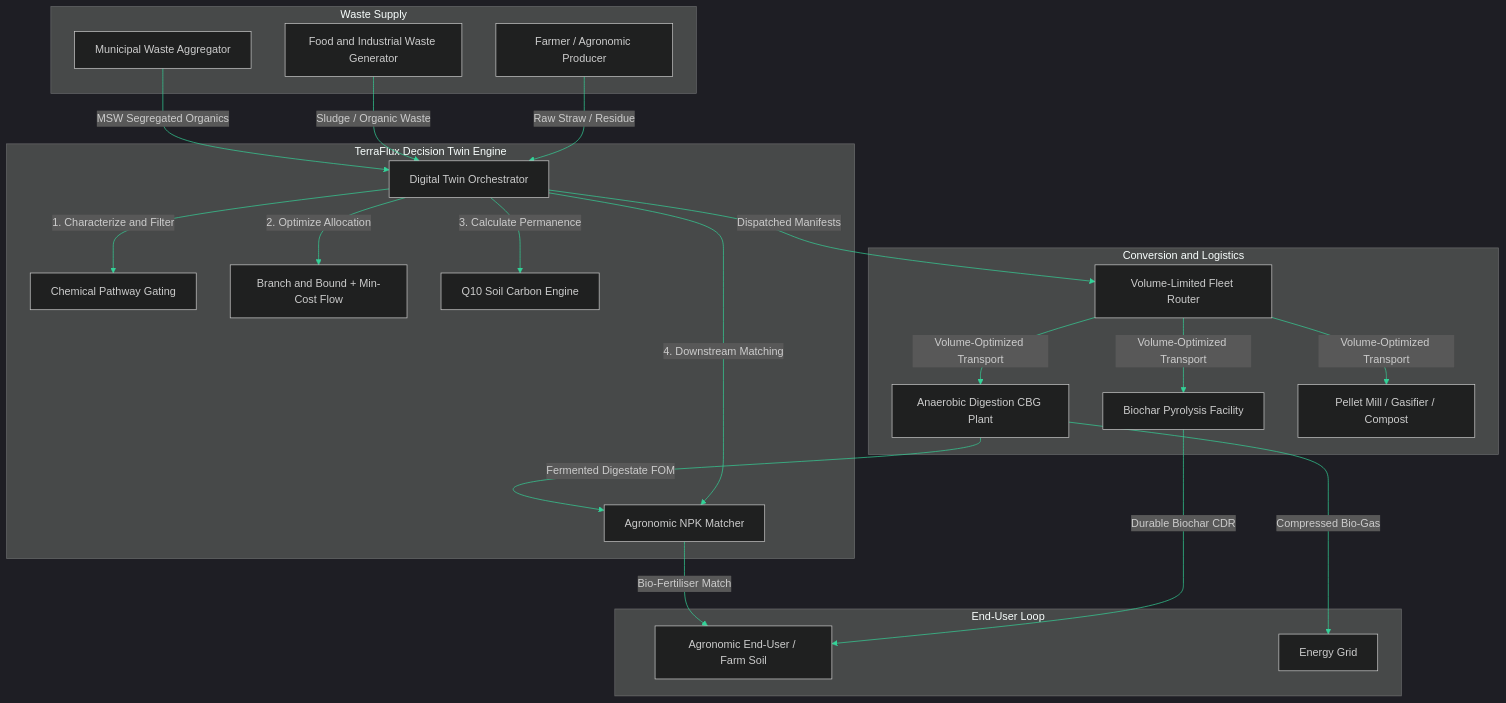
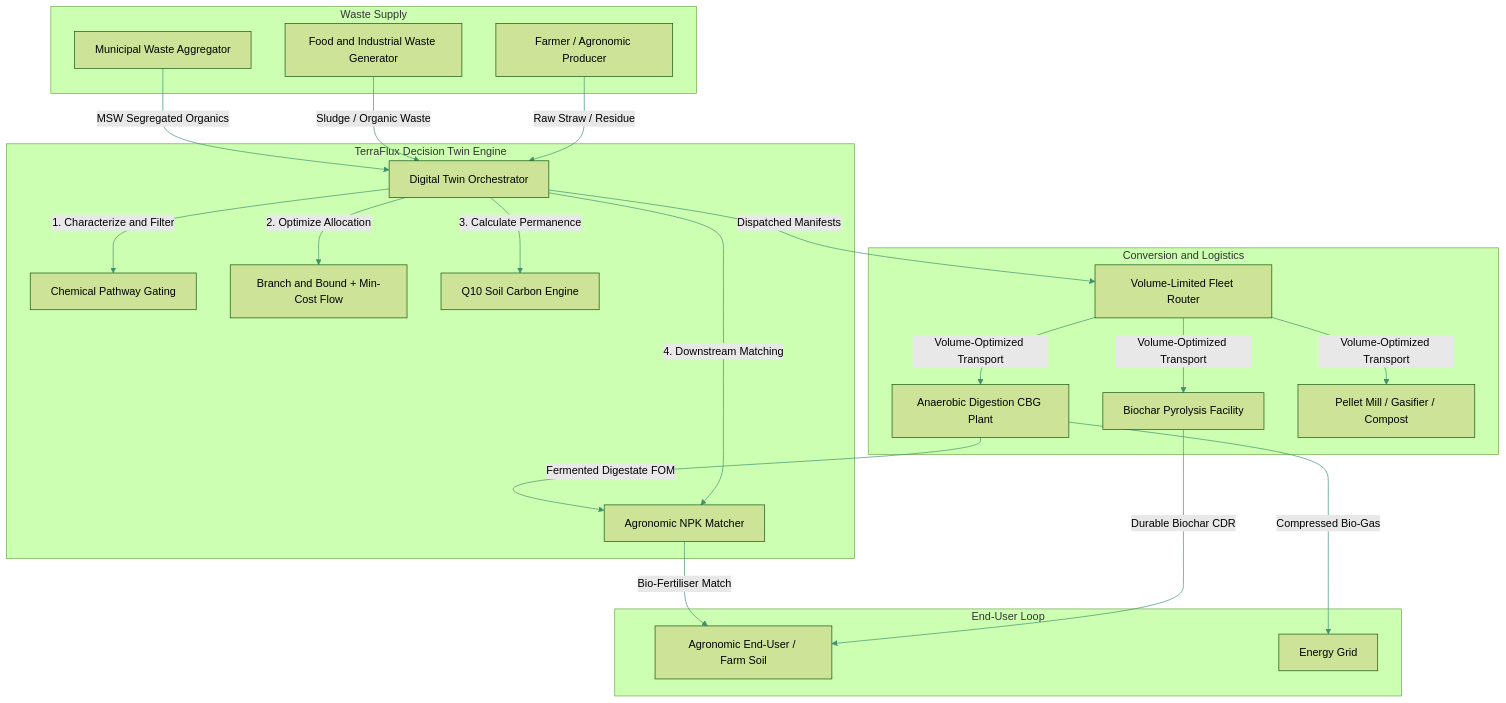
The diagram in README.md (GalacticVraj/APSV), drawn with Mermaid before and after one commit. The commit also changed other lines of this file and 4 other files, not shown here.

````diff
--- a/README.md
+++ b/README.md
@@ -252,37 +261,37 @@
 ```mermaid
-%%{init: {'theme': 'dark', 'themeVariables': { 'primaryColor': '#10b981', 'primaryTextColor': '#ffffff', 'primaryBorderColor': '#059669', 'lineColor': '#34d399', 'tertiaryColor': '#1f2937'}}}%%
+%%{init: {'theme': 'forest', 'themeVariables': { 'primaryColor': '#2d6a4f', 'primaryTextColor': '#ffffff', 'primaryBorderColor': '#1a4a2e', 'lineColor': '#40916c', 'tertiaryColor': '#e8f0ec'}}}%%
 graph TD
     subgraph Waste Supply
         F[Farmer / Agronomic Producer]
         I[Food and Industrial Waste Generator]
         M[Municipal Waste Aggregator]
     end
     subgraph TerraFlux Decision Twin Engine
         TE[Digital Twin Orchestrator]
         TE -->|1. Characterize and Filter| CF[Chemical Pathway Gating]
         TE -->|2. Optimize Allocation| MO[Branch and Bound + Min-Cost Flow]
         TE -->|3. Calculate Permanence| CE[Q10 Soil Carbon Engine]
         TE -->|4. Downstream Matching| DM[Agronomic NPK Matcher]
     end
     subgraph Conversion and Logistics
         L[Volume-Limited Fleet Router]
         BC[Biochar Pyrolysis Facility]
         AD[Anaerobic Digestion CBG Plant]
         PE[Pellet Mill / Gasifier / Compost]
     end
     subgraph End-User Loop
         EU[Agronomic End-User / Farm Soil]
         G[Energy Grid]
     end
     F -->|Raw Straw / Residue| TE
     I -->|Sludge / Organic Waste| TE
     M -->|MSW Segregated Organics| TE
     TE -->|Dispatched Manifests| L
     L -->|Volume-Optimized Transport| BC
     L -->|Volume-Optimized Transport| AD
     L -->|Volume-Optimized Transport| PE
     BC -->|Durable Biochar CDR| EU
     AD -->|Compressed Bio-Gas| G
     AD -->|Fermented Digestate FOM| DM
     DM -->|Bio-Fertiliser Match| EU
 ```
````
